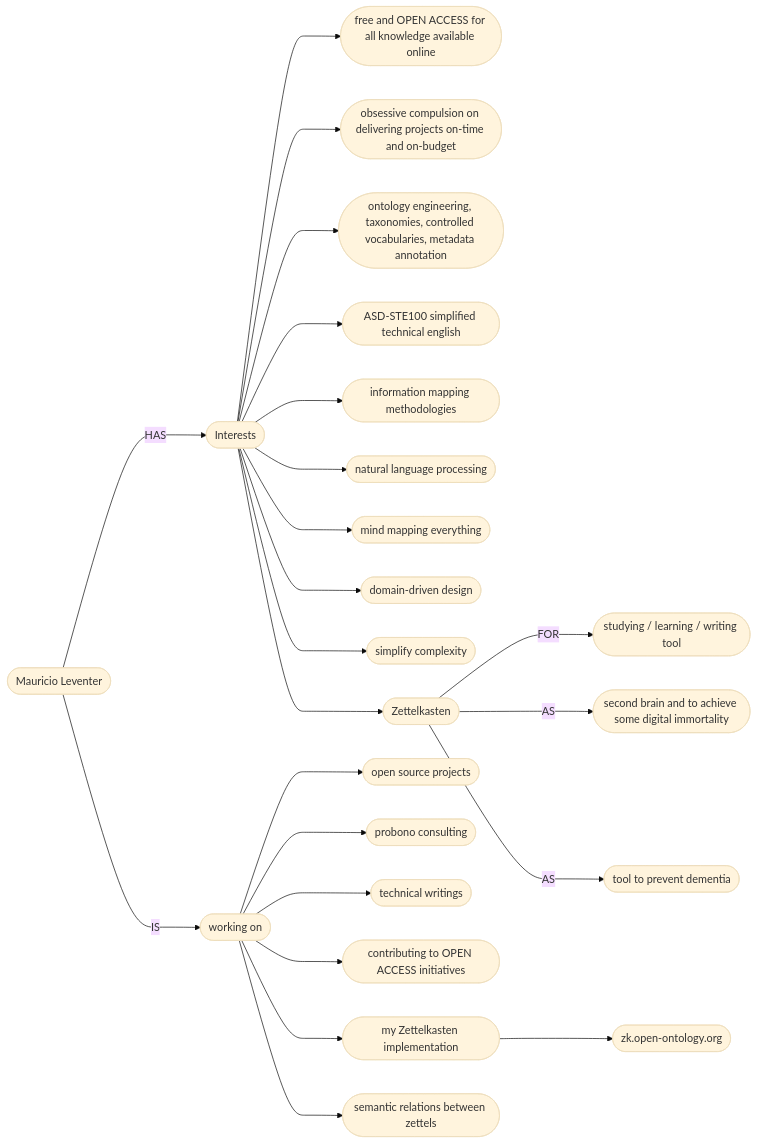
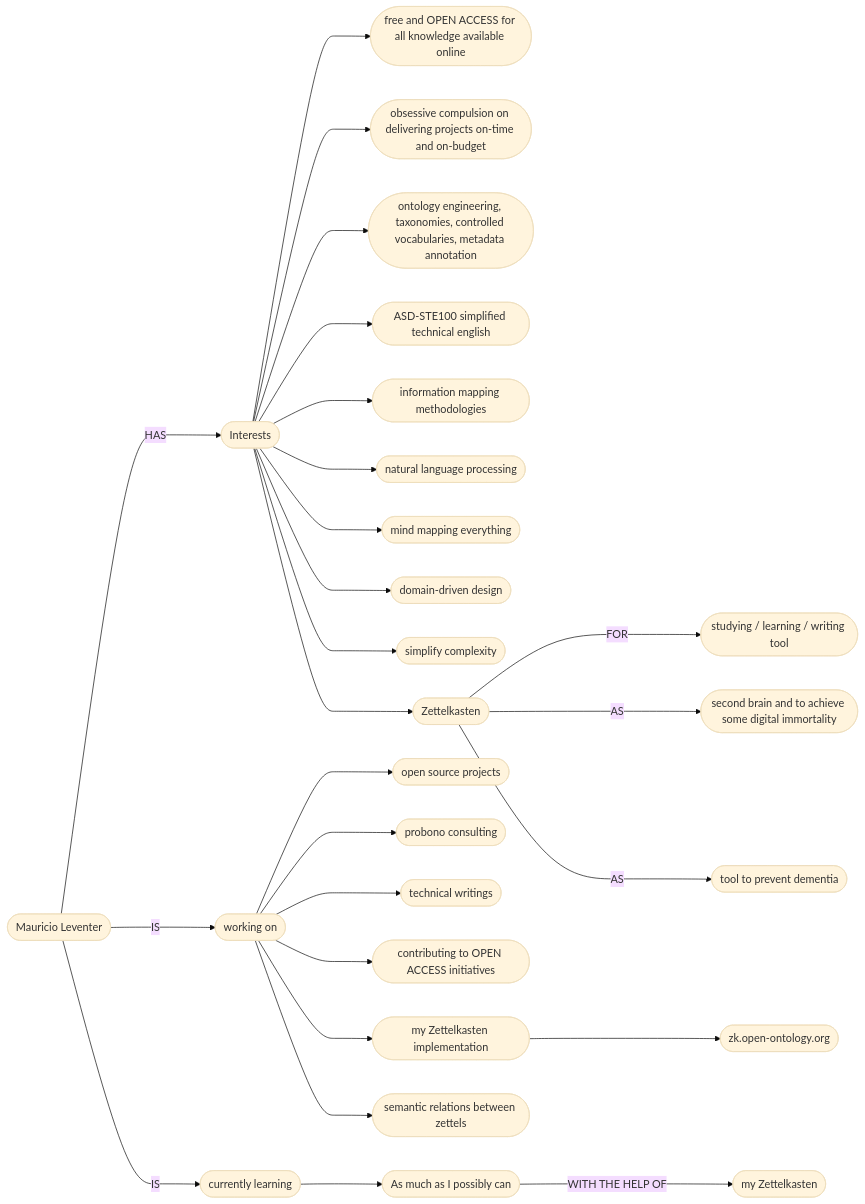
The diagram in README.md (mleventer/mleventer), drawn with Mermaid (base theme) before and after one commit.

````diff
--- a/README.md
+++ b/README.md
@@ -4,25 +4,29 @@
 ```mermaid
 flowchart LR
     A([Mauricio Leventer]) --->|HAS| B([Interests])
     B ---> I1([free and OPEN ACCESS for all knowledge available online])
     B ---> I2([obsessive compulsion on delivering projects on-time and on-budget])
     B ---> I3([ontology engineering, taxonomies, controlled vocabularies, metadata annotation])
     B ---> I4([ASD-STE100 simplified technical english])
     B ---> I5([information mapping methodologies])
     B ---> I6([natural language processing])
     B ---> I7([mind mapping everything]) 
     B ---> I8([domain-driven design]) 
     B ---> I9([simplify complexity]) 
     B ---> J([Zettelkasten])
     J --->|FOR| J1([studying / learning / writing tool]) 
     J --->|AS| J2([second brain and to achieve some digital immortality]) 
     J --->|AS| J3([tool to prevent dementia])
     A --->|IS| C([working on])
     C ---> C1([open source projects])
     C ---> C2([probono consulting])
     C ---> C3([technical writings])
     C ---> C4([contributing to OPEN ACCESS initiatives])
     C ---> H([my Zettelkasten implementation])
     H ---> H1([zk.open-ontology.org])
     C ---> H2([semantic relations between zettels])
+    A --->|IS| D([currently learning])
+    D ---> D1([As much as I possibly can])
+    D1 --->|WITH THE HELP OF| D2([my Zettelkasten])
+
 ```
````
